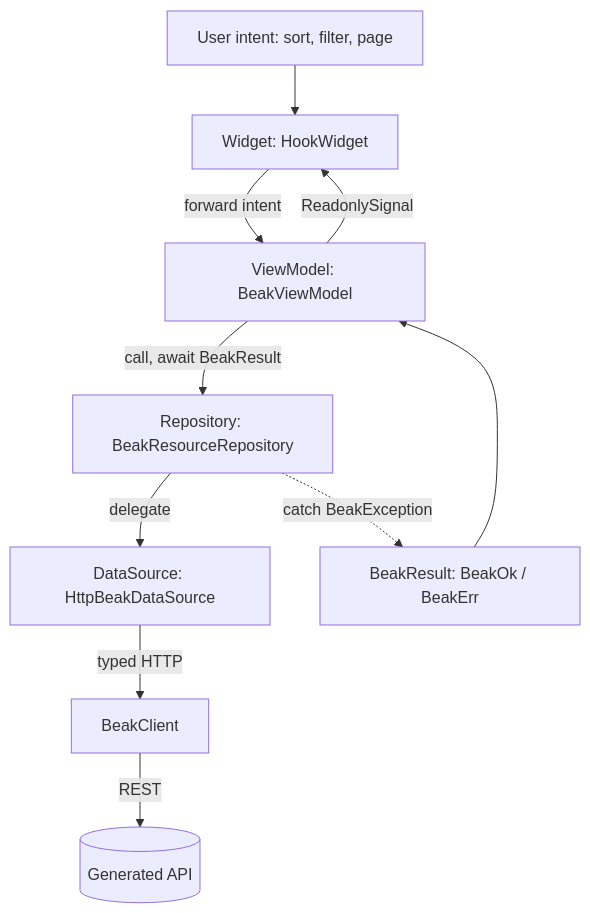
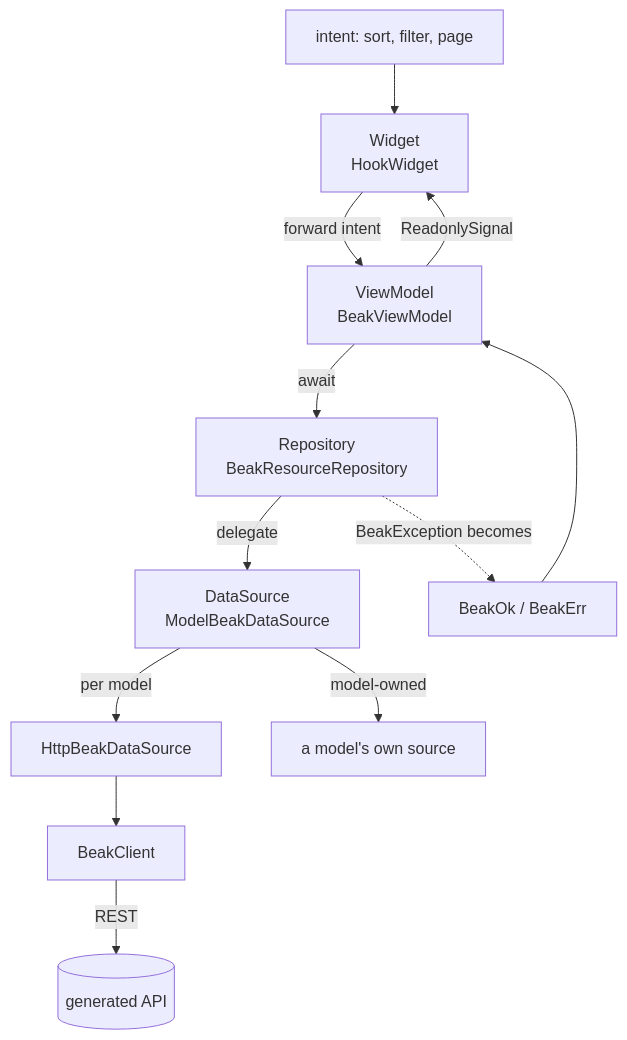
One commit to SimonErich/beak changed the diagram in docs/architecture/frontend-flow.md. Above: the diagram before and after it, drawn with Mermaid. The commit also changed other lines of this file and 10 other files, not shown here.

Commit message:
docs(architecture): internals for contributors and experts, with diagrams rendered and facts checked against the code

````diff
--- a/docs/architecture/frontend-flow.md
+++ b/docs/architecture/frontend-flow.md
@@ -17,12 +15,13 @@
 ```mermaid
 flowchart TD
-  U[User intent: sort, filter, page] --> W[Widget: HookWidget]
-  W -->|forward intent| VM[ViewModel: BeakViewModel]
-  VM -->|call, await BeakResult| R[Repository: BeakResourceRepository]
-  R -->|delegate| DS[DataSource: HttpBeakDataSource]
-  DS -->|typed HTTP| CLIENT[BeakClient]
-  CLIENT -->|REST| API[(Generated API)]
-  R -. catch BeakException .-> RES[BeakResult: BeakOk / BeakErr]
+  U["intent: sort, filter, page"] --> W["Widget<br/>HookWidget"]
+  W -->|forward intent| VM["ViewModel<br/>BeakViewModel"]
+  VM -->|await| R["Repository<br/>BeakResourceRepository"]
+  R -->|delegate| DS["DataSource<br/>ModelBeakDataSource"]
+  DS -->|per model| HTTP[HttpBeakDataSource]
+  DS -->|model-owned| OWN["a model's own source"]
+  HTTP --> C[BeakClient] -->|REST| API[(generated API)]
+  R -. "BeakException becomes" .-> RES["BeakOk / BeakErr"]
   RES --> VM
   VM -->|ReadonlySignal| W
 ```
````
